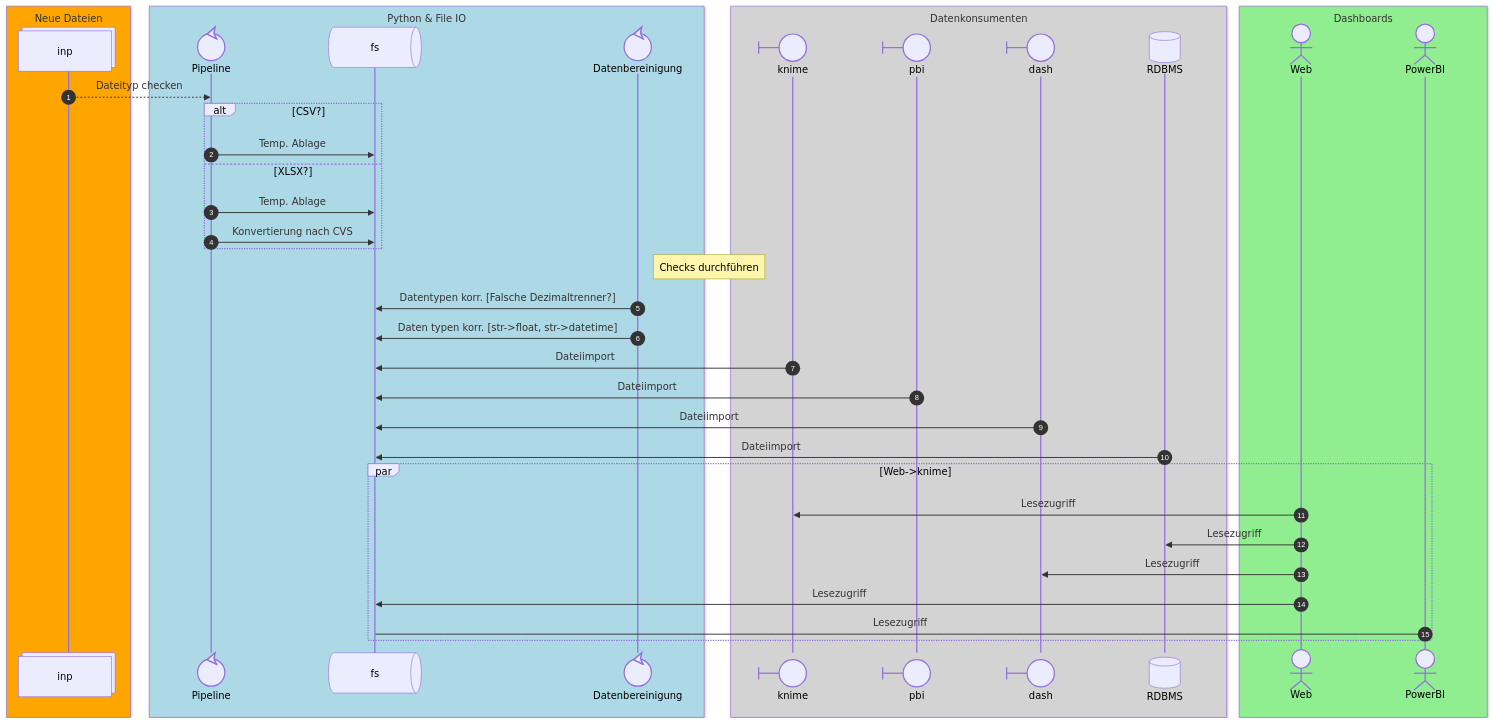
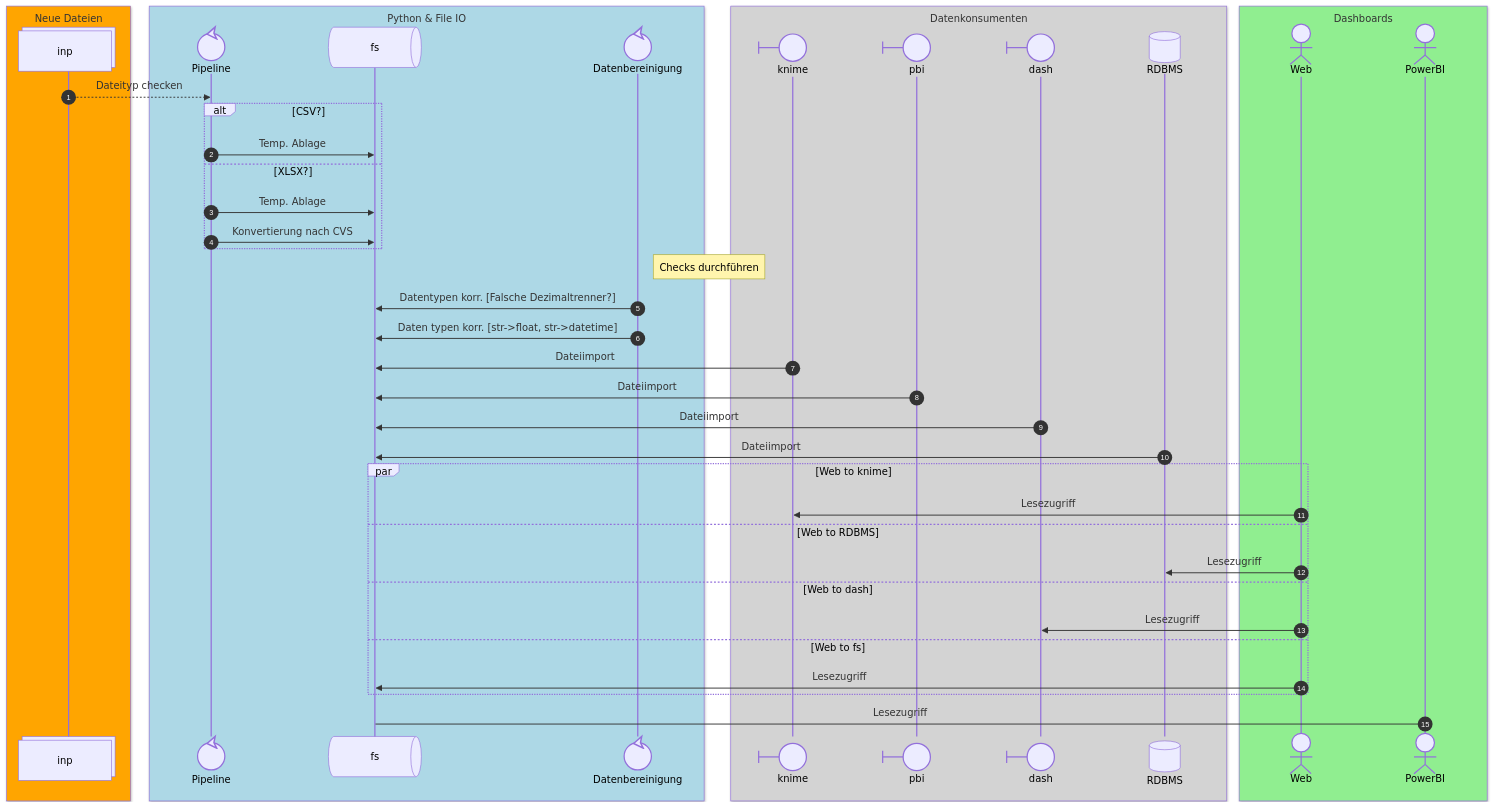
Before and after one commit to nevsglueckauf/wq: the diagram in Documentation/Data_Quality.md, drawn with Mermaid.

Commit message:
Dokumentation zur Datenbereinigung

````diff
--- a/Documentation/Data_Quality.md
+++ b/Documentation/Data_Quality.md
@@ -7,54 +7,57 @@
 ```mermaid
 sequenceDiagram
     autonumber
     
     box orange Neue Dateien
     participant inp@{ "type" : "collections" }
     end
     box lightblue  Python &  File IO
     participant Pipeline@{ "type" : "control" }
     participant fs@{ "type" : "queue" }
     participant Datenbereinigung@{ "type" : "control" }
     end 
 
     box lightgray  Datenkonsumenten
     participant knime@{ "type" : "boundary" }
     participant pbi@{ "type" : "boundary" }
     participant dash@{ "type" : "boundary" }
     participant RDBMS@{ "type" : "database" }
     end 
 
     box lightgreen  Dashboards
     actor Web
     actor PowerBI
     end 
 
     inp-->>Pipeline: Dateityp checken
      alt CSV?
             Pipeline->>fs: Temp. Ablage
      else XLSX?
             Pipeline->>fs: Temp. Ablage
             Pipeline->>fs: Konvertierung nach CVS
     end
     Note right of Datenbereinigung: Checks durchführen
     Datenbereinigung->>fs: Datentypen korr. [Falsche Dezimaltrenner?]
     Datenbereinigung->>fs: Daten typen korr. [str->float, str->datetime]
 
     knime->>fs: Dateiimport
     pbi->>fs: Dateiimport
     dash->>fs: Dateiimport
     RDBMS->>fs: Dateiimport
     
-    par Web->knime
+    par Web to knime
     Web->>knime: Lesezugriff
+    and Web to RDBMS
     Web->>RDBMS: Lesezugriff
+    and Web to dash
     Web->>dash: Lesezugriff
+    and Web to fs
     Web->>fs: Lesezugriff
+    end
     PowerBI->fs: Lesezugriff
-    end
 
 
 
     
 
 ```
````
